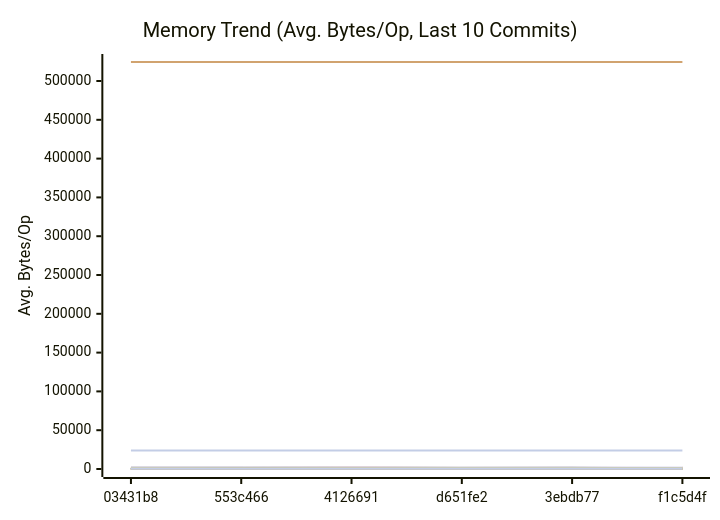
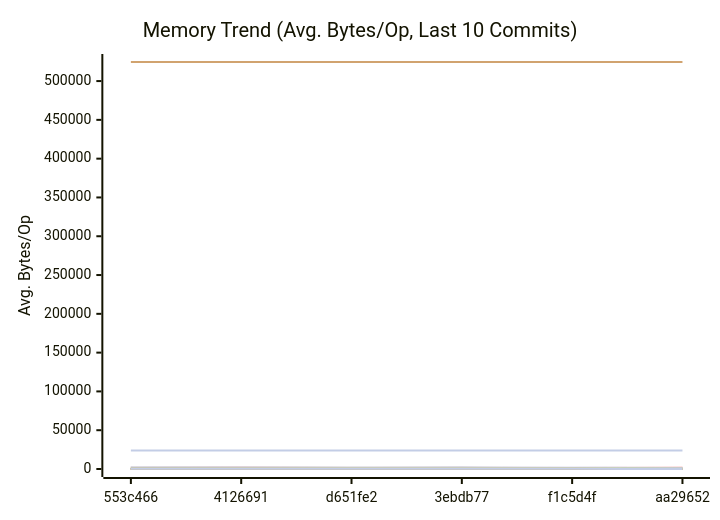
Before and after one commit to alsotoes/momo: the second of 3 diagrams in docs/PERFORMANCE.md, drawn with Mermaid. The commit also changed other lines of this file and 2 other files, not shown here.

````diff
--- a/docs/PERFORMANCE.md
+++ b/docs/PERFORMANCE.md
@@ -310,44 +310,44 @@
 ```mermaid
 xychart-beta
     title "Memory Trend (Avg. Bytes/Op, Last 10 Commits)"
     x-axis "Commit"
     y-axis "Avg. Bytes/Op"
-    x-axis [03431b8,553c466,4126691,d651fe2,3ebdb77,f1c5d4f]
-    line "AWSChunkedReaderSigned" [127,107,88,100,107,110,64,68,46,98]
-    line "AWSChunkedReaderUnsigned" [110,100,95,109,105,108,49,63,59,75]
+    x-axis [553c466,4126691,d651fe2,3ebdb77,f1c5d4f,aa29652]
+    line "AWSChunkedReaderSigned" [107,88,100,107,110,64,68,46,98,80]
+    line "AWSChunkedReaderUnsigned" [100,95,109,105,108,49,63,59,75,91]
     line "CheckMetricsAndSwap" [0,0,0,0,0,0,0,0,0,0]
     line "CrushOptimized" [0,0,0,0,0,0,0,0,0,0]
     line "CrushOriginal" [164,164,164,164,164,164,164,164,164,164]
-    line "FormatListObjectsV2XML_AppendFormat" [524477,524500,524483,524504,524463,524460,524580,524552,524871,524558]
+    line "FormatListObjectsV2XML_AppendFormat" [524500,524483,524504,524463,524460,524580,524552,524871,524558,524474]
     line "FormatListObjectsV2XML_OldFormat" [24000,24000,24000,24000,24000,24000,24000,24000,24000,24000]
-    line "HashBytes/1MiB" [189,200,190,206,280,205,138,157,137,195]
-    line "HashBytes/256MiB" [233,223,190,239,186,209,129,172,116,191]
-    line "HashBytes/64MiB" [196,188,246,242,209,232,132,172,107,132]
-    line "HashFile/1MiB" [202,190,214,232,152,244,127,148,121,187]
-    line "HashFile/256MiB" [230,193,152,190,211,261,126,156,118,177]
-    line "HashFile/64MiB" [232,194,193,195,190,258,120,142,102,169]
+    line "HashBytes/1MiB" [200,190,206,280,205,138,157,137,195,139]
+    line "HashBytes/256MiB" [223,190,239,186,209,129,172,116,191,150]
+    line "HashBytes/64MiB" [188,246,242,209,232,132,172,107,132,159]
+    line "HashFile/1MiB" [190,214,232,152,244,127,148,121,187,160]
+    line "HashFile/256MiB" [193,152,190,211,261,126,156,118,177,172]
+    line "HashFile/64MiB" [194,193,195,190,258,120,142,102,169,207]
     line "IndexDirectTracking" [0,0,0,0,0,0,0,0,0,0]
     line "IndexSearch" [0,0,0,0,0,0,0,0,0,0]
     line "LastModifiedHeader_AppendFormat" [0,0,0,0,0,0,0,0,0,0]
     line "LastModifiedHeader_Format" [32,32,32,32,32,32,32,32,32,32]
     line "LoadGlobalConfig" [1976,1976,1976,1976,1976,1976,1976,1976,1976,1976]
-    line "LocalWrite/1MiB" [1995,1817,1626,1829,1794,1712,592,751,950,1339]
-    line "LocalWrite/256MiB" [2087,2086,1665,2131,2012,2499,1674,1356,986,1532]
-    line "LocalWrite/64MiB" [1888,2026,1495,1896,2009,2371,1365,1282,1194,1597]
+    line "LocalWrite/1MiB" [1817,1626,1829,1794,1712,592,751,950,1339,1557]
+    line "LocalWrite/256MiB" [2086,1665,2131,2012,2499,1674,1356,986,1532,1495]
+    line "LocalWrite/64MiB" [2026,1495,1896,2009,2371,1365,1282,1194,1597,1782]
     line "PadString" [64,64,64,64,64,64,64,64,64,64]
     line "ParseReplicationOrder_NoPrealloc" [408,408,408,408,408,248,248,248,248,248]
     line "ParseReplicationOrder_Prealloc" [240,240,240,240,240,80,80,80,80,80]
     line "Placement" [352,352,352,352,352,352,352,352,352,352]
     line "PlacementDomainSpread" [352,352,352,352,352,352,352,352,352,352]
-    line "ReadVerify/1MiB" [222,228,159,210,218,304,186,157,86,185]
-    line "ReadVerify/256MiB" [188,195,228,177,262,214,154,147,118,177]
-    line "ReadVerify/64MiB" [201,195,225,199,226,239,179,155,126,175]
-    line "S3PutSpool/1MiB" [170,157,197,205,252,163,115,110,85,134]
-    line "S3PutSpool/256MiB" [171,152,151,201,247,206,112,111,101,149]
-    line "S3PutSpool/64MiB" [173,176,166,167,219,190,127,103,99,156]
+    line "ReadVerify/1MiB" [228,159,210,218,304,186,157,86,185,136]
+    line "ReadVerify/256MiB" [195,228,177,262,214,154,147,118,177,204]
+    line "ReadVerify/64MiB" [195,225,199,226,239,179,155,126,175,148]
+    line "S3PutSpool/1MiB" [157,197,205,252,163,115,110,85,134,125]
+    line "S3PutSpool/256MiB" [152,151,201,247,206,112,111,101,149,123]
+    line "S3PutSpool/64MiB" [176,166,167,219,190,127,103,99,156,168]
     line "SanitizeLog/Safe" [0,0,0,0,0,0,0,0,0,0]
     line "SanitizeLog/Unsafe" [704,704,704,704,704,704,704,704,704,704]
-    line "TrustedRead/1MiB" [174,171,205,178,279,221,125,140,108,186]
-    line "TrustedRead/256MiB" [237,202,213,230,219,184,123,110,83,160]
-    line "TrustedRead/64MiB" [173,163,199,192,233,169,124,113,70,144]
+    line "TrustedRead/1MiB" [171,205,178,279,221,125,140,108,186,217]
+    line "TrustedRead/256MiB" [202,213,230,219,184,123,110,83,160,128]
+    line "TrustedRead/64MiB" [163,199,192,233,169,124,113,70,144,220]
 ```
````
